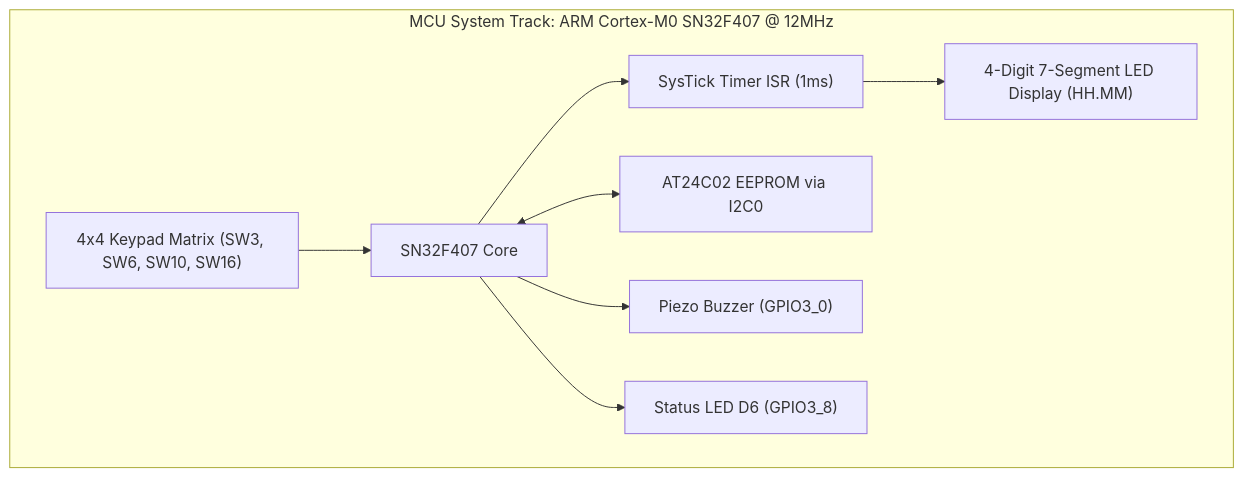
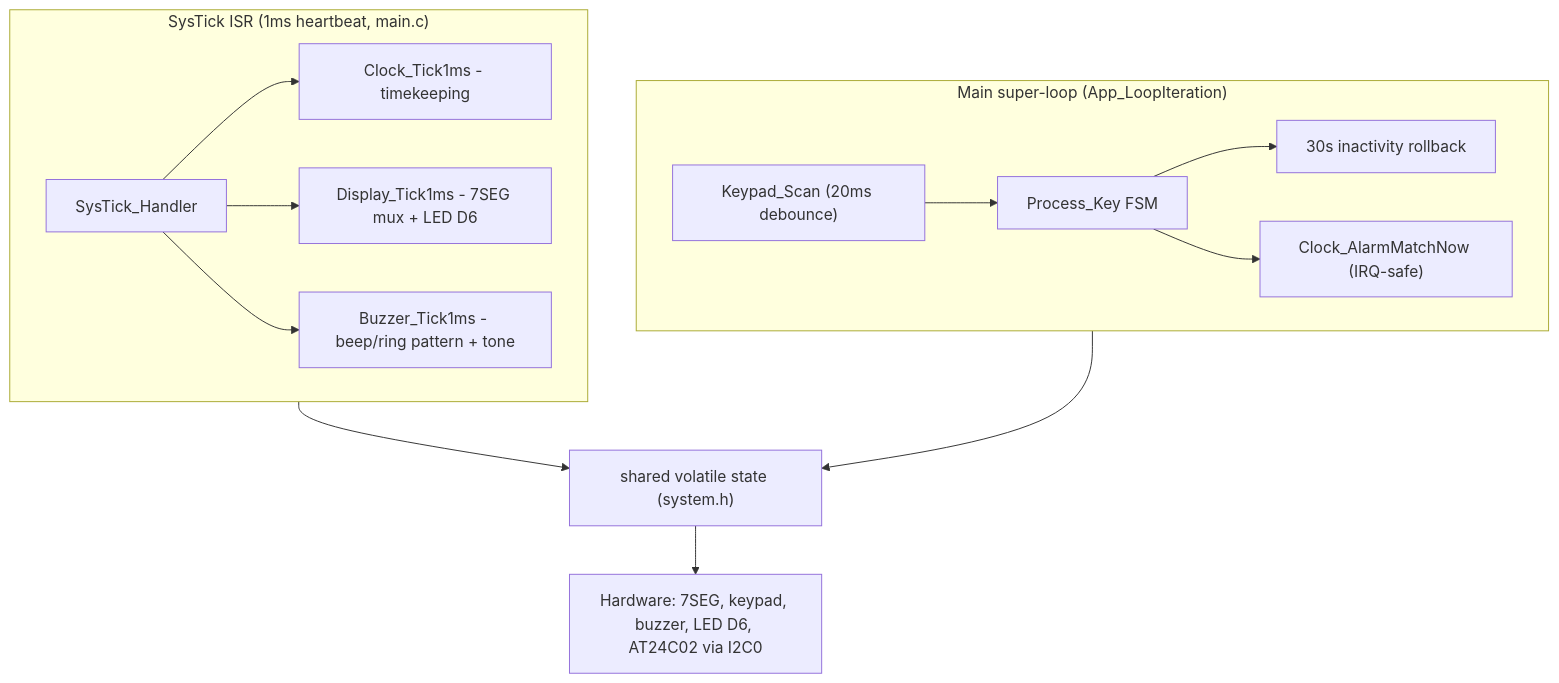
One commit to zok213/porygon changed the first of 5 diagrams in README.md. Above: the diagram before and after it, drawn with Mermaid. The commit also changed other lines of this file and 7 other files, not shown here.

First line of the commit message:
docs: overhaul READMEs - root guide with diagrams/charts, README for every folder

````diff
--- a/README.md
+++ b/README.md
@@ -55,19 +74,19 @@
 ```mermaid
 graph TD
-    subgraph MCU_System ["MCU System Track: ARM Cortex-M0 SN32F407 @ 12MHz"]
-        MCU_Core["SN32F407 Core"]
-        SysTick["SysTick Timer ISR (1ms)"]
-        KeyMatrix["4x4 Keypad Matrix (SW3, SW6, SW10, SW16)"]
-        Display7Seg["4-Digit 7-Segment LED Display (HH.MM)"]
-        EEPROM_I2C["AT24C02 EEPROM via I2C0"]
-        Buzzer["Piezo Buzzer (GPIO3_0)"]
-        LED_D6["Status LED D6 (GPIO3_8)"]
+    subgraph ISR_side ["SysTick ISR (1ms heartbeat, main.c)"]
+        SysTick["SysTick_Handler"]
+        SysTick --> ClockT["Clock_Tick1ms - timekeeping"]
+        SysTick --> DispT["Display_Tick1ms - 7SEG mux + LED D6"]
+        SysTick --> BuzzT["Buzzer_Tick1ms - beep/ring pattern + tone"]
+    end
 
-        MCU_Core --> SysTick
-        SysTick --> Display7Seg
-        KeyMatrix --> MCU_Core
-        MCU_Core <--> EEPROM_I2C
-        MCU_Core --> Buzzer
-        MCU_Core --> LED_D6
+    subgraph Loop_side ["Main super-loop (App_LoopIteration)"]
+        Key["Keypad_Scan (20ms debounce)"] --> FSM["Process_Key FSM"]
+        FSM --> Timeout["30s inactivity rollback"]
+        FSM --> Alarm["Clock_AlarmMatchNow (IRQ-safe)"]
     end
+
+    ISR_side --> Shared["shared volatile state (system.h)"]
+    Loop_side --> Shared
+    Shared --> HW["Hardware: 7SEG, keypad, buzzer, LED D6, AT24C02 via I2C0"]
 ```
````
